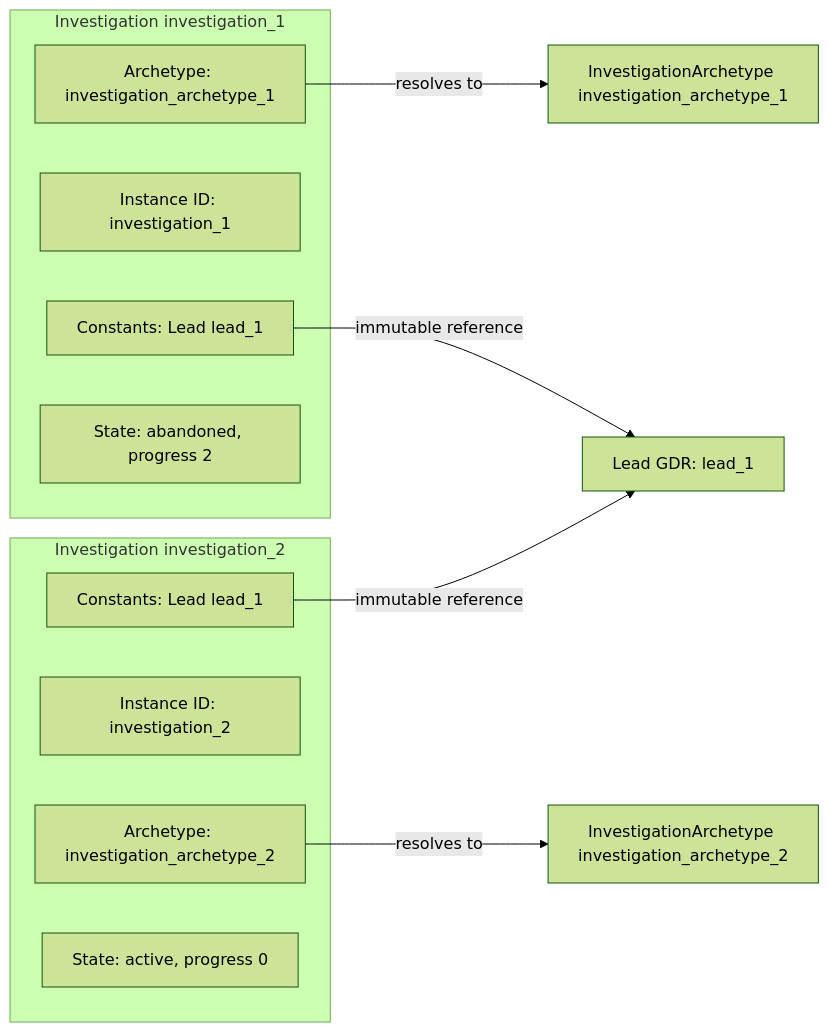
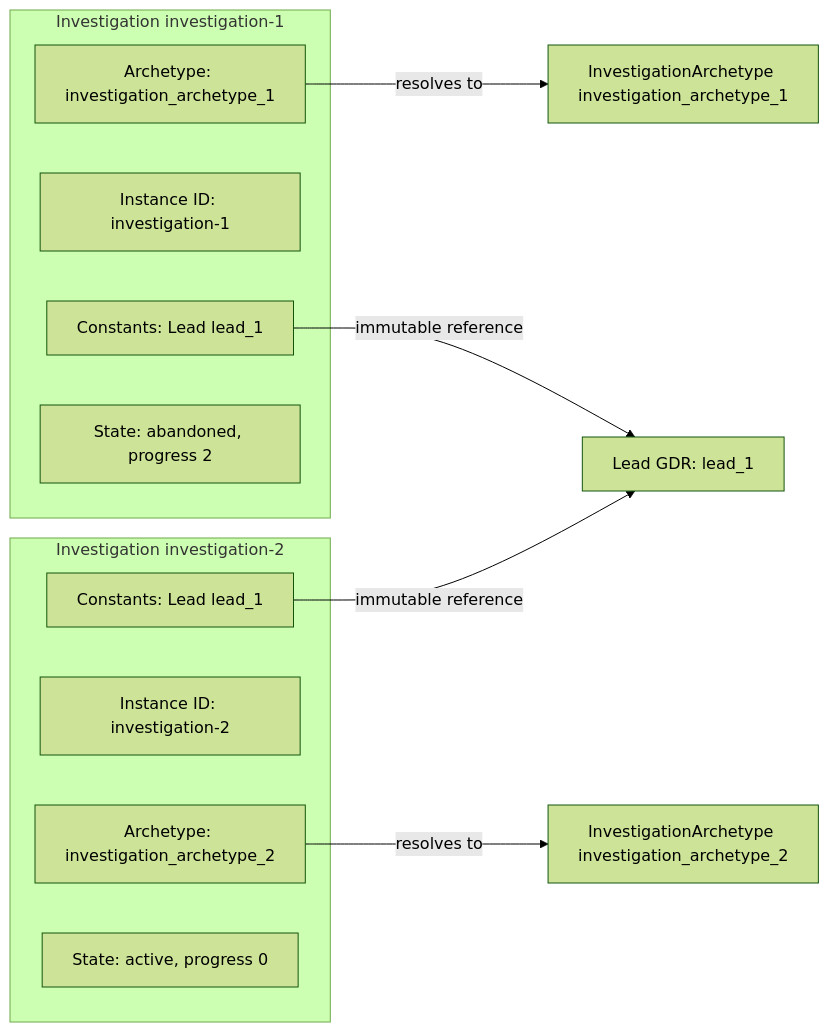
The fifth of 7 diagrams in docs/specs/design/foundation/game-data-records.md (konrad-jamrozik/game-v5), drawn with Mermaid (forest theme) before and after one commit. The commit also changed other lines of this file and 4 other files, not shown here.

````diff
--- a/docs/specs/design/foundation/game-data-records.md
+++ b/docs/specs/design/foundation/game-data-records.md
@@ -298,22 +298,22 @@
 ```mermaid
 flowchart LR
     lead_1["Lead GDR: lead_1"]
     investigation_archetype_1["InvestigationArchetype investigation_archetype_1"]
     investigation_archetype_2["InvestigationArchetype investigation_archetype_2"]
-    subgraph investigation_1["Investigation investigation_1"]
+    subgraph investigation_1["Investigation investigation-1"]
         investigation_1_archetype["Archetype: investigation_archetype_1"]
-        investigation_1_identity["Instance ID: investigation_1"]
+        investigation_1_identity["Instance ID: investigation-1"]
         investigation_1_constants["Constants: Lead lead_1"]
         investigation_1_state["State: abandoned, progress 2"]
     end
-    subgraph investigation_2["Investigation investigation_2"]
+    subgraph investigation_2["Investigation investigation-2"]
         investigation_2_archetype["Archetype: investigation_archetype_2"]
-        investigation_2_identity["Instance ID: investigation_2"]
+        investigation_2_identity["Instance ID: investigation-2"]
         investigation_2_constants["Constants: Lead lead_1"]
         investigation_2_state["State: active, progress 0"]
     end
     investigation_1_archetype -->|resolves to| investigation_archetype_1
     investigation_2_archetype -->|resolves to| investigation_archetype_2
     investigation_1_constants -->|immutable reference| lead_1
     investigation_2_constants -->|immutable reference| lead_1
 ```
````
